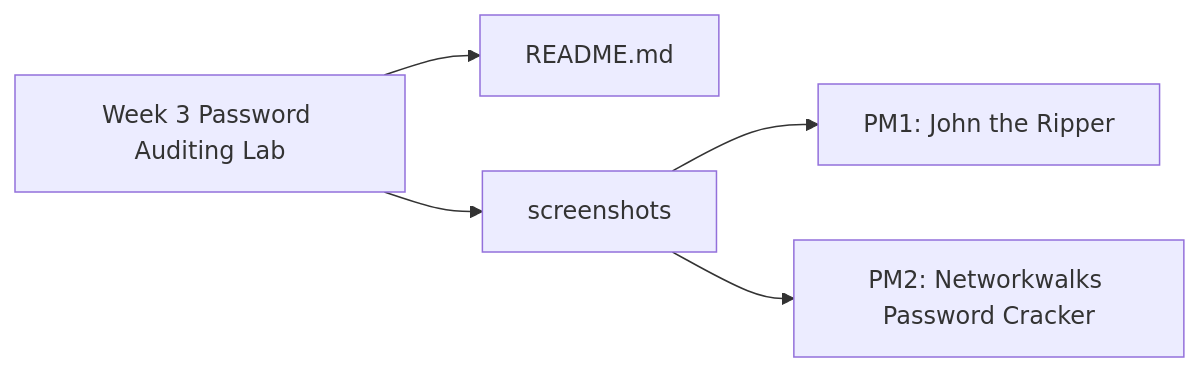
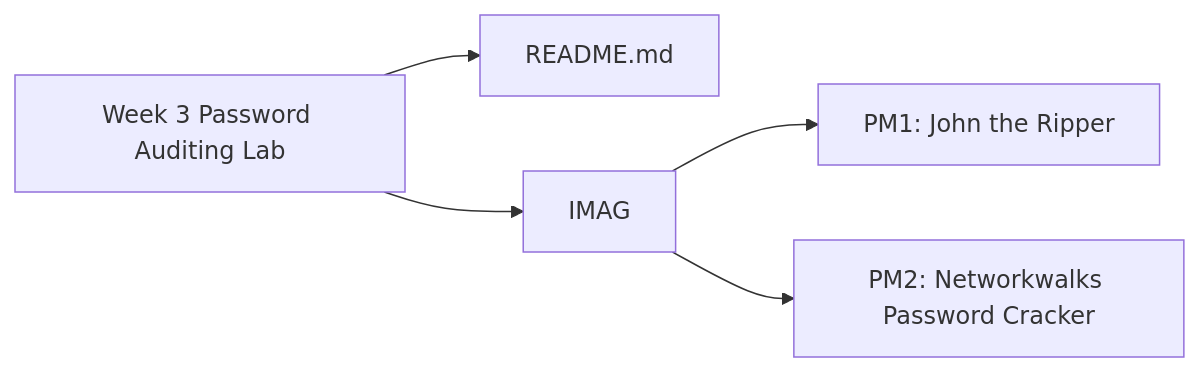
One commit to mulengachiwele174-afk/Cybersecurity-Ethical-Hacking-Project changed the diagram in README.md. Above: the diagram before and after it, drawn with Mermaid. The commit also changed other lines of this file, not shown here.

````diff
--- a/README.md
+++ b/README.md
@@ -239,7 +241,7 @@
 ```mermaid
 graph LR
     A[Week 3 Password Auditing Lab] --> B[README.md]
-    A --> C[screenshots]
+    A --> C[IMAG]
     C --> D[PM1: John the Ripper]
     C --> E[PM2: Networkwalks Password Cracker]
 ```
````
